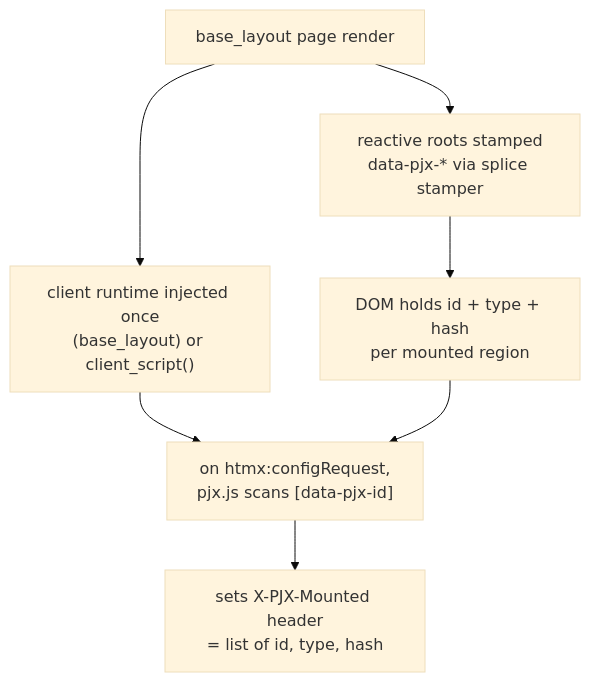
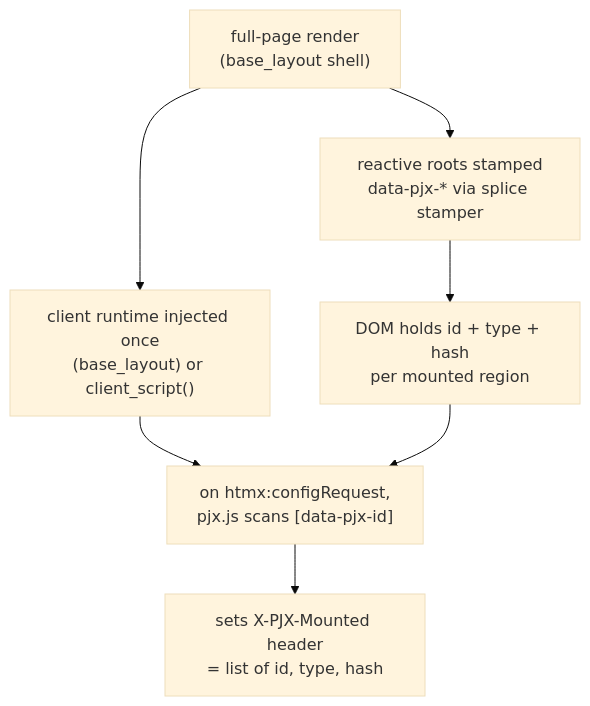
One commit to paulomtts/pyjinhx changed the second of 5 diagrams in docs/reactivity.md. Above: the diagram before and after it, drawn with Mermaid (base theme).

Commit message:
docs(reactive): clearer mermaid label for the page-shell render node
https://claude.ai/code/session_013K1kbeYc1e4vWYhRwThvNt

````diff
--- a/docs/reactivity.md
+++ b/docs/reactivity.md
@@ -199,9 +199,9 @@
 ```mermaid
 flowchart TD
-    A["base_layout page render"] --> B["reactive roots stamped<br/>data-pjx-* via splice stamper"]
+    A["full-page render<br/>(base_layout shell)"] --> B["reactive roots stamped<br/>data-pjx-* via splice stamper"]
     A --> C["client runtime injected once<br/>(base_layout) or client_script()"]
     B --> D["DOM holds id + type + hash<br/>per mounted region"]
     C --> E["on htmx:configRequest,<br/>pjx.js scans [data-pjx-id]"]
     D --> E
     E --> F["sets X-PJX-Mounted header<br/>= list of id, type, hash"]
 ```
````
